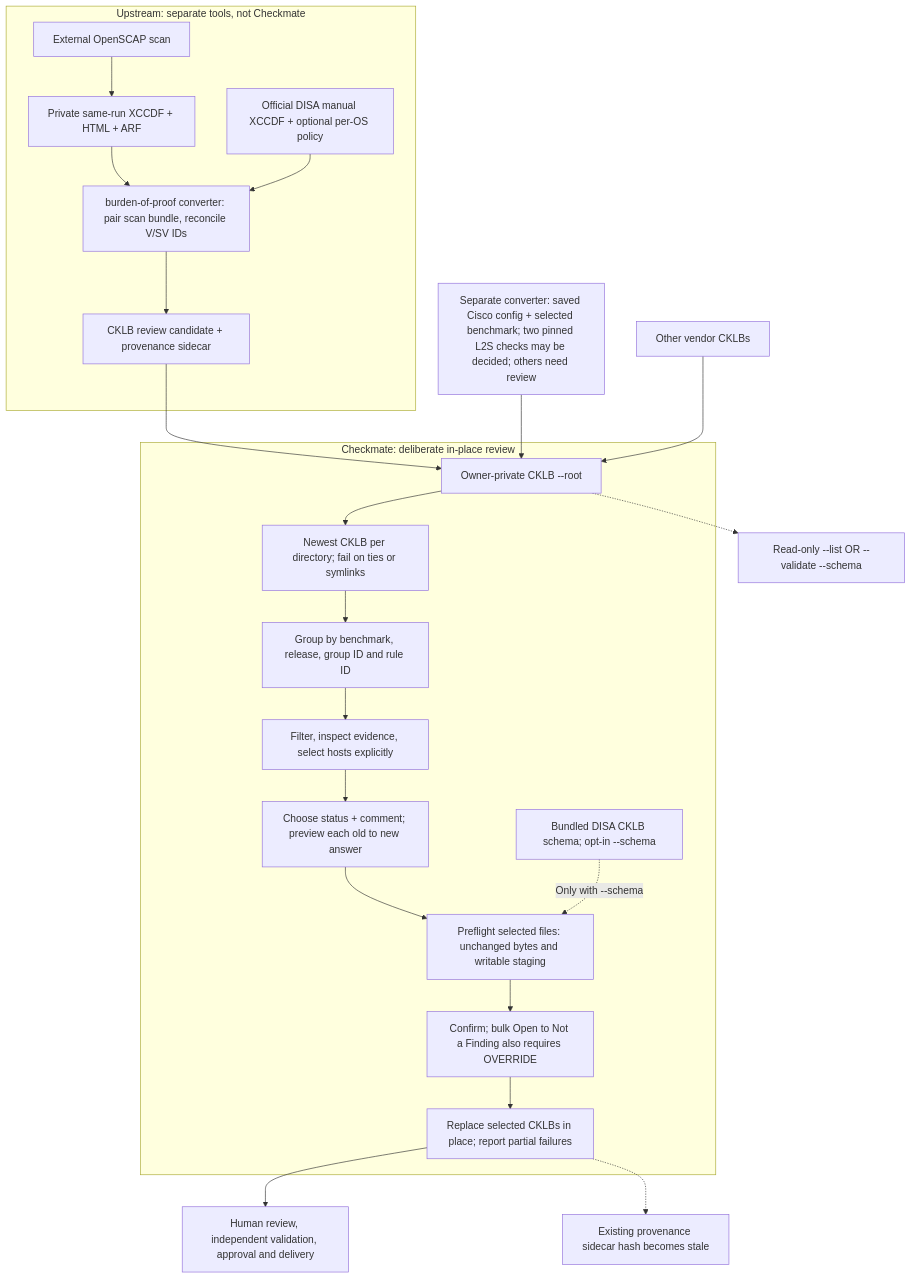
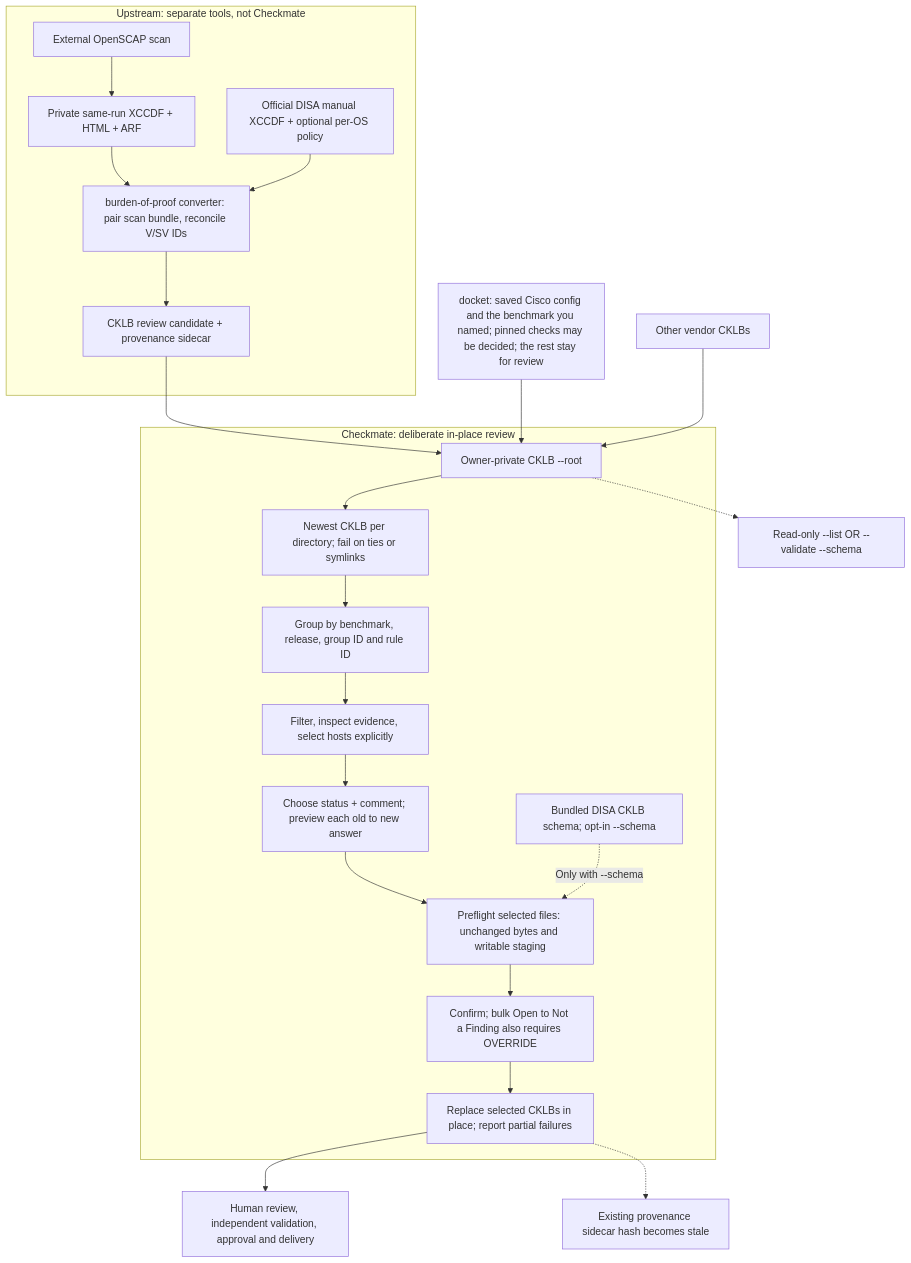
Before and after one commit to zcook44/checkmate: the first of 2 diagrams in README.md, drawn with Mermaid. The commit also changed other lines of this file and 10 other files, not shown here.

````diff
--- a/README.md
+++ b/README.md
@@ -9,25 +9,25 @@
 ```mermaid
 flowchart TD
     subgraph upstream["Upstream: separate tools, not Checkmate"]
         scan["External OpenSCAP scan"] --> evidence["Private same-run XCCDF + HTML + ARF"]
         evidence --> converter["burden-of-proof converter: pair scan bundle, reconcile V/SV IDs"]
         benchmark["Official DISA manual XCCDF + optional per-OS policy"] --> converter
         converter --> generated["CKLB review candidate + provenance sidecar"]
     end
     generated --> root["Owner-private CKLB --root"]
-    cisco["Separate converter: saved Cisco config + selected benchmark; two pinned L2S checks may be decided; others need review"] --> root
+    cisco["docket: saved Cisco config and the benchmark you named; pinned checks may be decided; the rest stay for review"] --> root
     external["Other vendor CKLBs"] --> root
     root -.-> inventory["Read-only --list OR --validate --schema"]
     subgraph editor["Checkmate: deliberate in-place review"]
         root --> discover["Newest CKLB per directory; fail on ties or symlinks"]
         discover --> group["Group by benchmark, release, group ID and rule ID"]
         group --> choose["Filter, inspect evidence, select hosts explicitly"]
         choose --> preview["Choose status + comment; preview each old to new answer"]
         preview --> guard["Preflight selected files: unchanged bytes and writable staging"]
         schema["Bundled DISA CKLB schema; opt-in --schema"] -.->|Only with --schema| guard
         guard --> confirm["Confirm; bulk Open to Not a Finding also requires OVERRIDE"]
         confirm --> edit["Replace selected CKLBs in place; report partial failures"]
     end
     edit --> human["Human review, independent validation, approval and delivery"]
     edit -.-> stale["Existing provenance sidecar hash becomes stale"]
 ```
````
